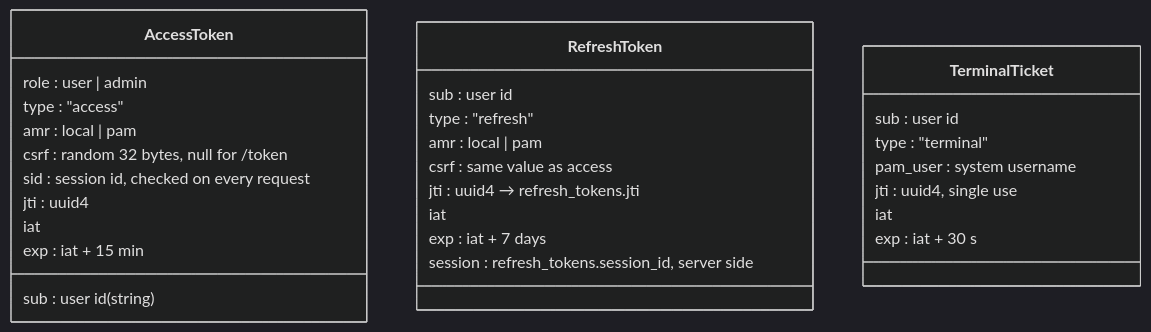
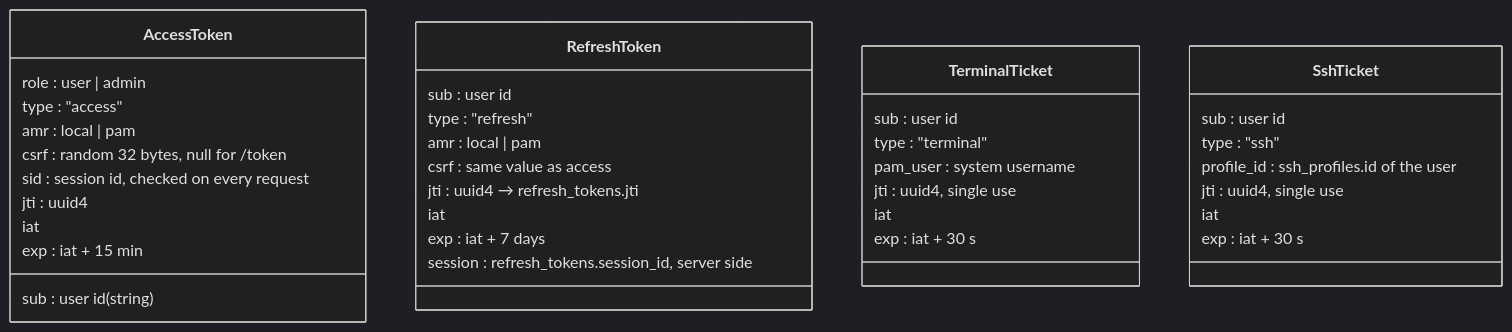
The second of 10 diagrams in doc/04-authentication.md (juanecito/Home_Access_Web), drawn with Mermaid (dark theme) before and after one commit. The commit also changed other lines of this file and 40 other files, not shown here.

````diff
--- a/doc/04-authentication.md
+++ b/doc/04-authentication.md
@@ -43,32 +45,40 @@
 ```mermaid
 classDiagram
     class AccessToken {
         sub : user id (string)
         role : user | admin
         type : "access"
         amr : local | pam
         csrf : random 32 bytes, null for /token
         sid : session id, checked on every request
         jti : uuid4
         iat
         exp : iat + 15 min
     }
     class RefreshToken {
         sub : user id
         type : "refresh"
         amr : local | pam
         csrf : same value as access
         jti : uuid4 → refresh_tokens.jti
         iat
         exp : iat + 7 days
         session : refresh_tokens.session_id, server side
     }
     class TerminalTicket {
         sub : user id
         type : "terminal"
         pam_user : system username
         jti : uuid4, single use
         iat
         exp : iat + 30 s
     }
+    class SshTicket {
+        sub : user id
+        type : "ssh"
+        profile_id : ssh_profiles.id of the user
+        jti : uuid4, single use
+        iat
+        exp : iat + 30 s
+    }
 ```
````
